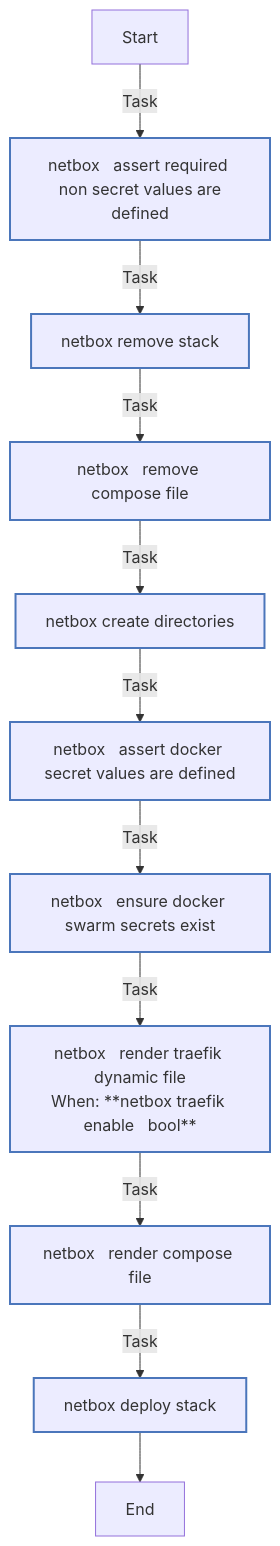
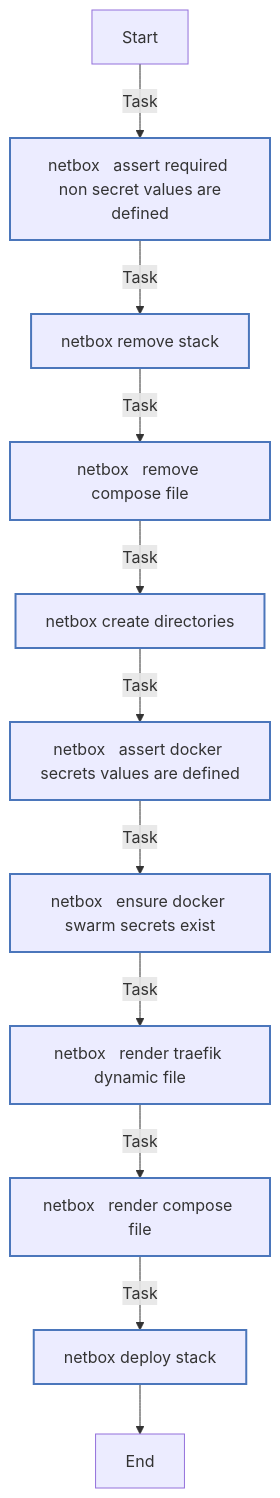
Before and after one commit to Lebowski89/homelab: the diagram in ansible/roles/netbox/README.md, drawn with Mermaid. The commit also changed other lines of this file and 2 other files, not shown here.

````diff
--- a/ansible/roles/netbox/README.md
+++ b/ansible/roles/netbox/README.md
@@ -121,23 +119,23 @@
 ```mermaid
 flowchart TD
 Start
 classDef block stroke:#3498db,stroke-width:2px;
 classDef task stroke:#4b76bb,stroke-width:2px;
 classDef includeTasks stroke:#16a085,stroke-width:2px;
 classDef importTasks stroke:#34495e,stroke-width:2px;
 classDef includeRole stroke:#2980b9,stroke-width:2px;
 classDef importRole stroke:#699ba7,stroke-width:2px;
 classDef includeVars stroke:#8e44ad,stroke-width:2px;
 classDef rescue stroke:#665352,stroke-width:2px;
 
   Start-->|Task| NetBox___Assert_required_non_secret_values_are_defined0[netbox   assert required non secret values are<br>defined]:::task
   NetBox___Assert_required_non_secret_values_are_defined0-->|Task| NetBox___Remove_stack1[netbox   remove stack]:::task
   NetBox___Remove_stack1-->|Task| NetBox___Remove_compose_file2[netbox   remove compose file]:::task
   NetBox___Remove_compose_file2-->|Task| NetBox___Create_directories3[netbox   create directories]:::task
-  NetBox___Create_directories3-->|Task| NetBox___Assert_Docker_secret_values_are_defined4[netbox   assert docker secret values are defined]:::task
-  NetBox___Assert_Docker_secret_values_are_defined4-->|Task| NetBox___Ensure_Docker_Swarm_secrets_exist5[netbox   ensure docker swarm secrets exist]:::task
-  NetBox___Ensure_Docker_Swarm_secrets_exist5-->|Task| NetBox___Render_Traefik_dynamic_file6[netbox   render traefik dynamic file<br>When: **netbox traefik enable   bool**]:::task
+  NetBox___Create_directories3-->|Task| NetBox___Assert_Docker_secrets_values_are_defined4[netbox   assert docker secrets values are defined]:::task
+  NetBox___Assert_Docker_secrets_values_are_defined4-->|Task| NetBox___Ensure_Docker_Swarm_secrets_exist5[netbox   ensure docker swarm secrets exist]:::task
+  NetBox___Ensure_Docker_Swarm_secrets_exist5-->|Task| NetBox___Render_Traefik_dynamic_file6[netbox   render traefik dynamic file]:::task
   NetBox___Render_Traefik_dynamic_file6-->|Task| NetBox___Render_compose_file7[netbox   render compose file]:::task
   NetBox___Render_compose_file7-->|Task| NetBox___Deploy_stack8[netbox   deploy stack]:::task
   NetBox___Deploy_stack8-->End
 ```
````
